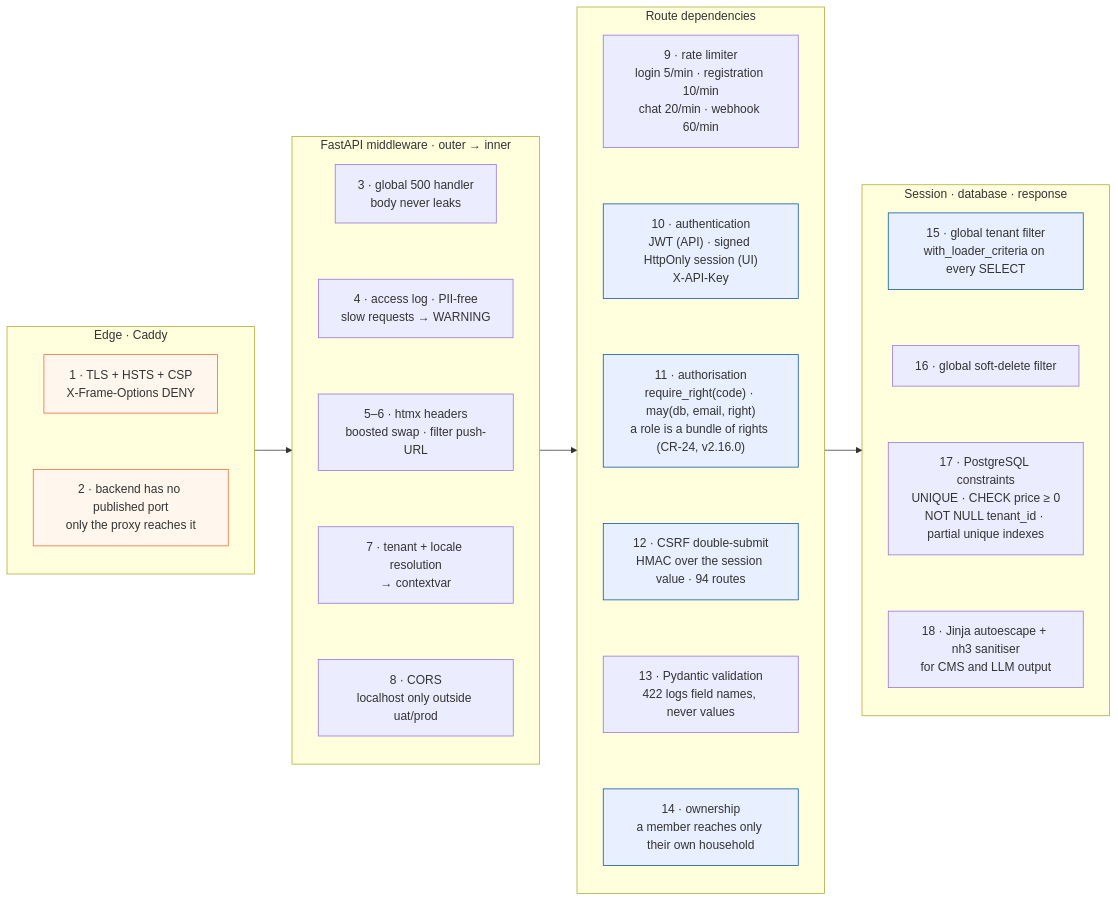
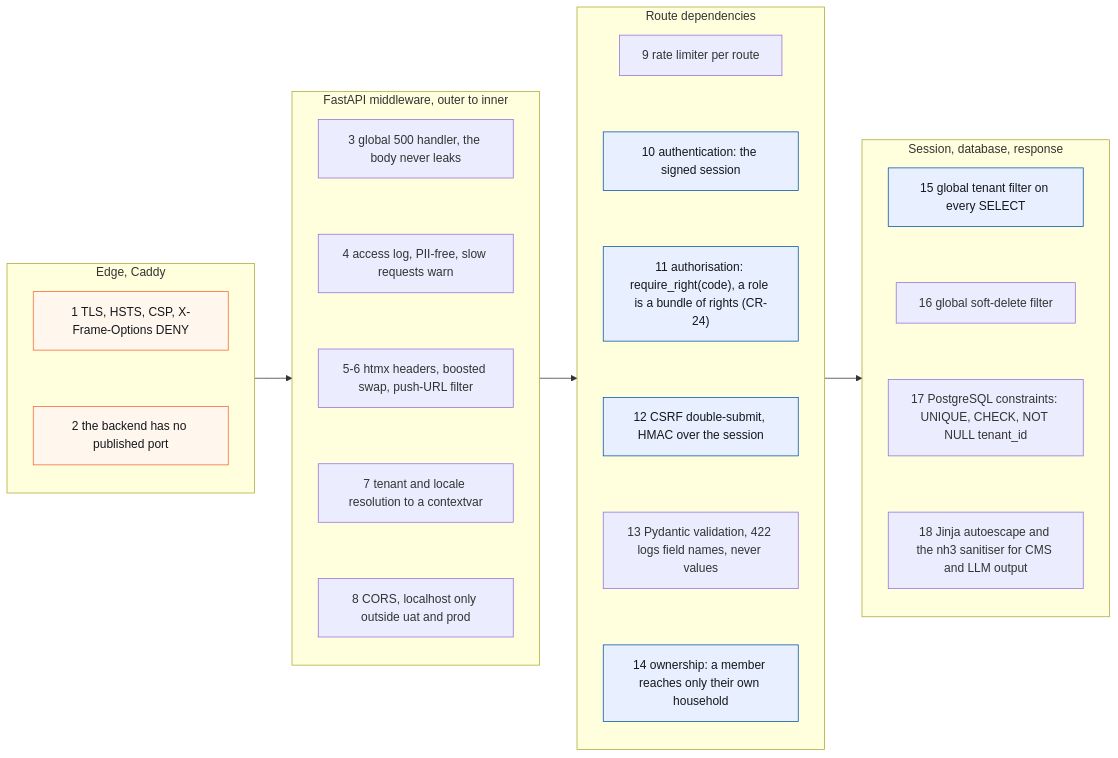
Diagram 15 of 28 in docs/architecture.md (KoenRenders/KoenTest), drawn with Mermaid before and after one commit. The commit also changed other lines of this file and 71 other files, not shown here.

First line of the commit message:
docs: the restructured architecture document replaces docs/architecture.md

````diff
--- a/docs/architecture.md
+++ b/docs/architecture.md
@@ -324,41 +723,24 @@
 ```mermaid
 flowchart LR
-  subgraph EDGE["Edge · Caddy"]
+  subgraph EDGE["Edge, Caddy"]
     direction TB
-    G1["1 · TLS + HSTS + CSP<br/>X-Frame-Options DENY"]
-    G2["2 · backend has no published port<br/>only the proxy reaches it"]
-    G1 ~~~ G2
+    G1["1 TLS, HSTS, CSP, X-Frame-Options DENY"] ~~~ G2["2 the backend has no published port"]
   end
-  subgraph MW["FastAPI middleware · outer → inner"]
+  subgraph MW["FastAPI middleware, outer to inner"]
     direction TB
-    G3["3 · global 500 handler<br/>body never leaks"]
-    G4["4 · access log · PII-free<br/>slow requests → WARNING"]
-    G5["5–6 · htmx headers<br/>boosted swap · filter push-URL"]
-    G7["7 · tenant + locale resolution<br/>→ contextvar"]
-    G8["8 · CORS<br/>localhost only outside uat/prod"]
-    G3 ~~~ G4 ~~~ G5 ~~~ G7 ~~~ G8
+    G3["3 global 500 handler, the body never leaks"] ~~~ G4["4 access log, PII-free, slow requests warn"] ~~~ G5["5-6 htmx headers, boosted swap, push-URL filter"] ~~~ G7["7 tenant and locale resolution to a contextvar"] ~~~ G8["8 CORS, localhost only outside uat and prod"]
   end
   subgraph ROUTE["Route dependencies"]
     direction TB
-    G9["9 · rate limiter<br/>login 5/min · registration 10/min<br/>chat 20/min · webhook 60/min"]
-    G10["10 · authentication<br/>JWT (API) · signed HttpOnly session (UI)<br/>X-API-Key"]
-    G11["11 · authorisation<br/>require_right(code) · may(db, email, right)<br/>a role is a bundle of rights (CR-24, v2.16.0)"]
-    G12["12 · CSRF double-submit<br/>HMAC over the session value · 94 routes"]
-    G13["13 · Pydantic validation<br/>422 logs field names, never values"]
-    G14["14 · ownership<br/>a member reaches only their own household"]
-    G9 ~~~ G10 ~~~ G11 ~~~ G12 ~~~ G13 ~~~ G14
+    G9["9 rate limiter per route"] ~~~ G10["10 authentication: the signed session"] ~~~ G11["11 authorisation: require_right(code), a role is a bundle of rights (CR-24)"] ~~~ G12["12 CSRF double-submit, HMAC over the session"] ~~~ G13["13 Pydantic validation, 422 logs field names, never values"] ~~~ G14["14 ownership: a member reaches only their own household"]
   end
-  subgraph DATA["Session · database · response"]
+  subgraph DATA["Session, database, response"]
     direction TB
-    G15["15 · global tenant filter<br/>with_loader_criteria on every SELECT"]
-    G16["16 · global soft-delete filter"]
-    G17["17 · PostgreSQL constraints<br/>UNIQUE · CHECK price ≥ 0<br/>NOT NULL tenant_id · partial unique indexes"]
-    G18["18 · Jinja autoescape + nh3 sanitiser<br/>for CMS and LLM output"]
-    G15 ~~~ G16 ~~~ G17 ~~~ G18
+    G15["15 global tenant filter on every SELECT"] ~~~ G16["16 global soft-delete filter"] ~~~ G17["17 PostgreSQL constraints: UNIQUE, CHECK, NOT NULL tenant_id"] ~~~ G18["18 Jinja autoescape and the nh3 sanitiser for CMS and LLM output"]
   end
   EDGE --> MW --> ROUTE --> DATA
-  classDef e fill:#fff7ed,stroke:#f16532;
-  classDef s fill:#e8f0ff,stroke:#0051a4;
-  class G1,G2 e
-  class G10,G11,G12,G14,G15 s
+  classDef kernel fill:#e8f0ff,stroke:#0051a4,color:#14171c;
+  classDef external fill:#fff7ed,stroke:#f16532,color:#14171c;
+  class G1,G2 external
+  class G10,G11,G12,G14,G15 kernel
 ```
````
